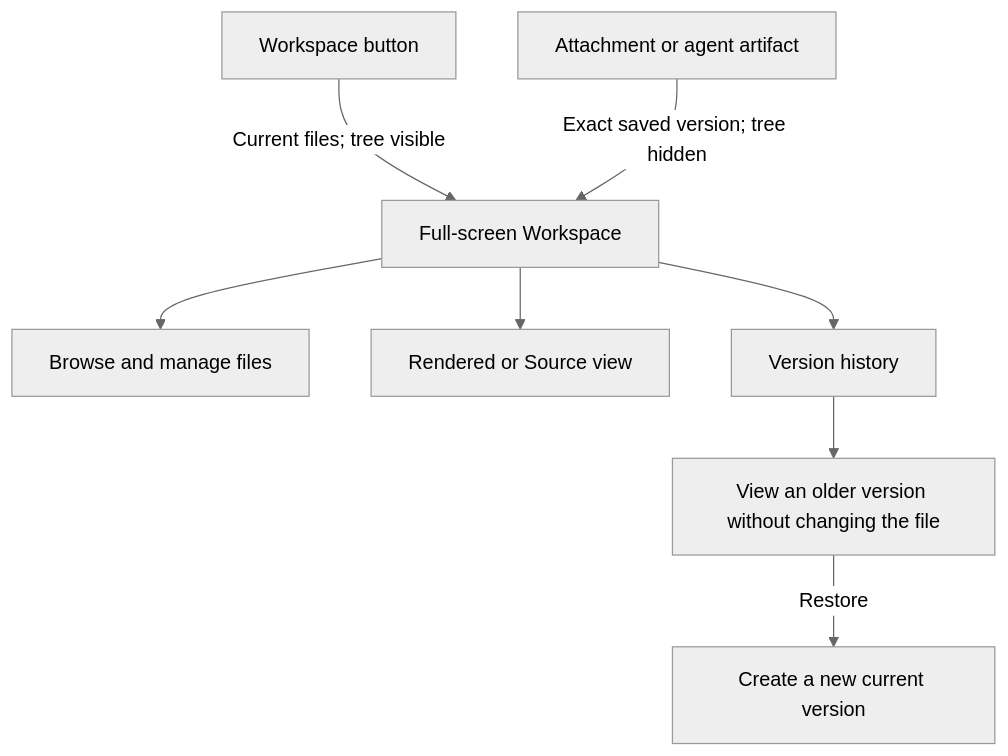
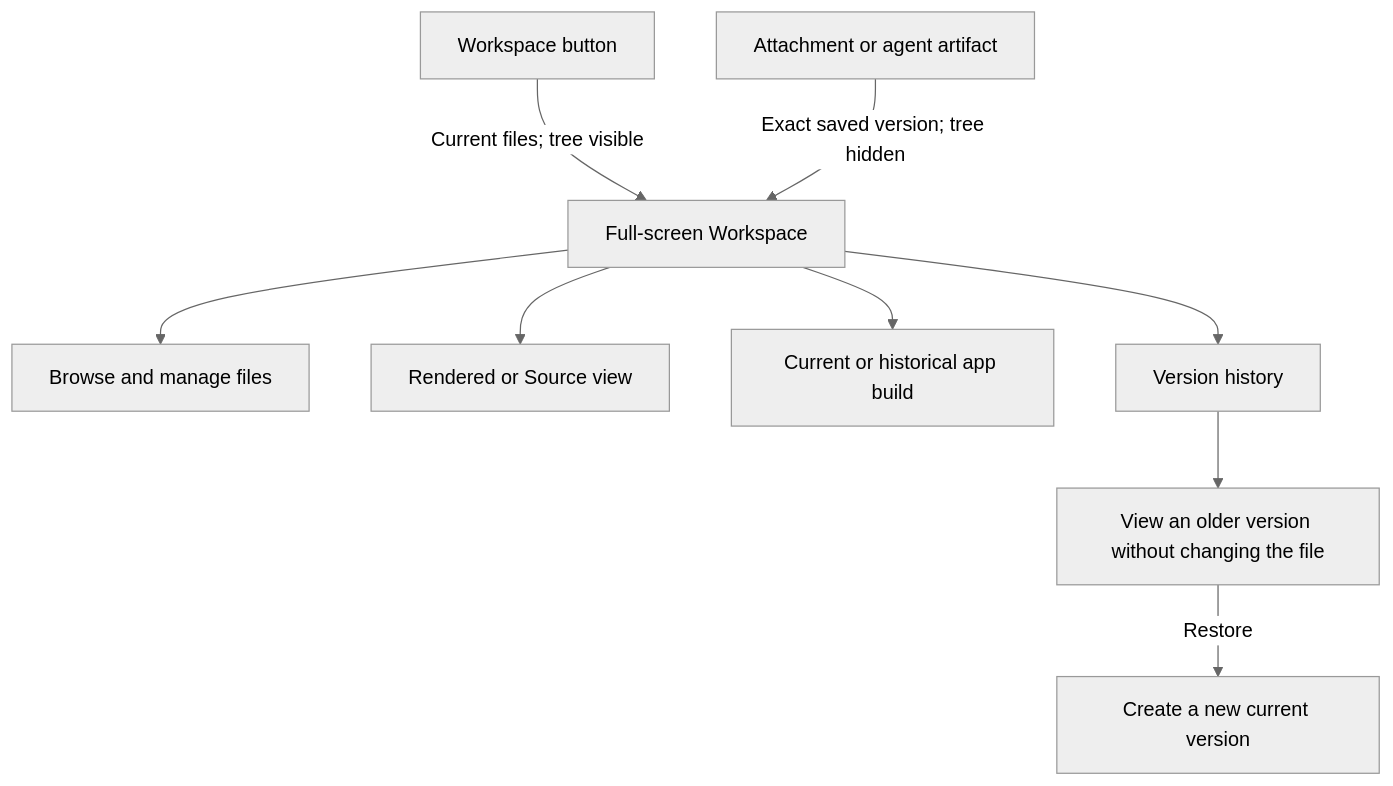
The diagram in docs/user-guide/workspace.md (riffi/agenvyl), drawn with Mermaid (neutral theme) before and after one commit. The commit also changed other lines of this file and 6 other files, not shown here.

````diff
--- a/docs/user-guide/workspace.md
+++ b/docs/user-guide/workspace.md
@@ -9,10 +13,11 @@
 ```mermaid
 flowchart TD
   Button[Workspace button] -->|Current files; tree visible| Window[Full-screen Workspace]
   Artifact[Attachment or agent artifact] -->|Exact saved version; tree hidden| Window
   Window --> Tree[Browse and manage files]
   Window --> Preview[Rendered or Source view]
+  Window --> App[Current or historical app build]
   Window --> History[Version history]
   History --> Older[View an older version without changing the file]
   Older -->|Restore| Current[Create a new current version]
 ```
````
